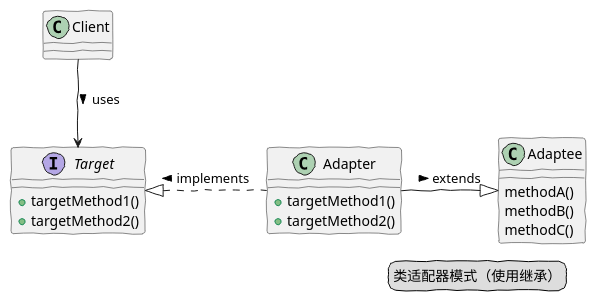
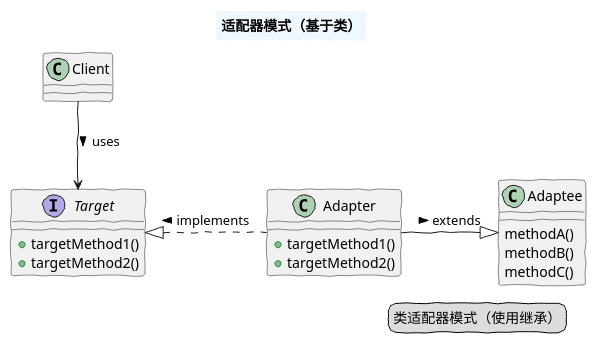
The diagram in src/main/resources/02_Adapter_class.puml (zhangzhaolin/desin_mode_diagram), drawn with PlantUML before and after one commit. The commit also changed 5 other files, not shown here.

Commit message:
add PlantUML

```diff
--- a/src/main/resources/02_Adapter_class.puml
+++ b/src/main/resources/02_Adapter_class.puml
@@ -1,31 +1,37 @@
 @startuml
 
 skinparam handwritten true
+skinparam titleBorderThickness 2
+skinparam titleBackgroundColor AliceBlue
+
+title
+    适配器模式（基于类）
+end title
 
 Client --> Target : uses >
 
 interface Target{
     + targetMethod1()
     + targetMethod2()
 }
 
 class Adapter{
     + targetMethod1()
     + targetMethod2()
 }
 
 class Adaptee{
     methodA()
     methodB()
     methodC()
 }
 
 Adapter .left.|> Target : > implements
 
 Adapter -right-|> Adaptee : > extends
 
 legend right
     类适配器模式（使用继承）
 endlegend
 
 @enduml
```
